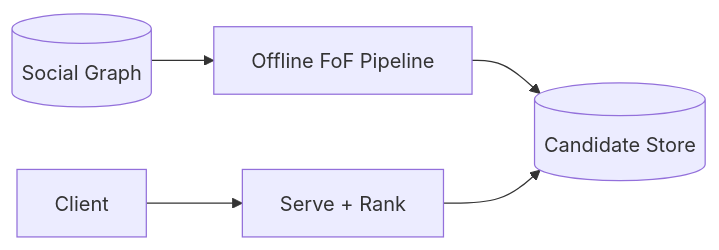
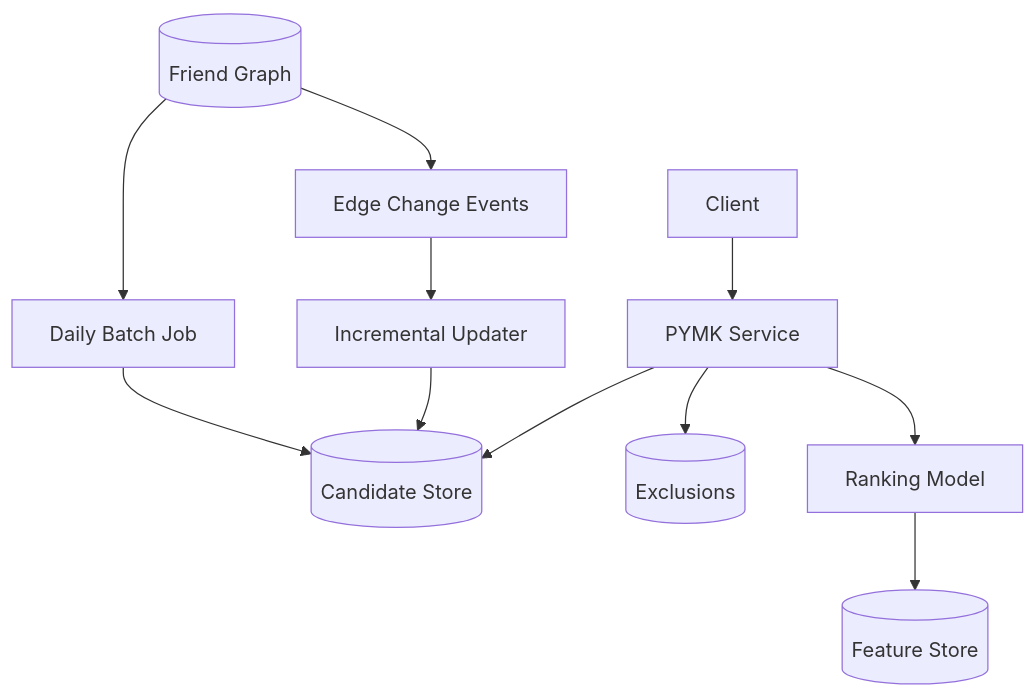
Before and after one commit to design-gurus/grokking-system-design: the first of 2 diagrams in questions/design-people-you-may-know.md, drawn with Mermaid. The commit also changed other lines of this file and 19 other files, not shown here.

````diff
--- a/questions/design-people-you-may-know.md
+++ b/questions/design-people-you-may-know.md
@@ -21,7 +79,13 @@
 ```mermaid
-flowchart LR
-    Graph[(Social Graph)] --> Pipe[Offline FoF Pipeline]
-    Pipe --> Cand[(Candidate Store)]
-    Client --> Serve[Serve + Rank]
-    Serve --> Cand
+flowchart TD
+    Graph[(Friend Graph)] --> Events["Edge Change Events"]
+    Graph --> Batch["Daily Batch Job"]
+    Events --> Stream["Incremental Updater"]
+    Batch --> Cand[(Candidate Store)]
+    Stream --> Cand
+    Client[Client] --> Svc["PYMK Service"]
+    Svc --> Cand
+    Svc --> Excl[(Exclusions)]
+    Svc --> Rank["Ranking Model"]
+    Rank --> Feat[(Feature Store)]
 ```
````
